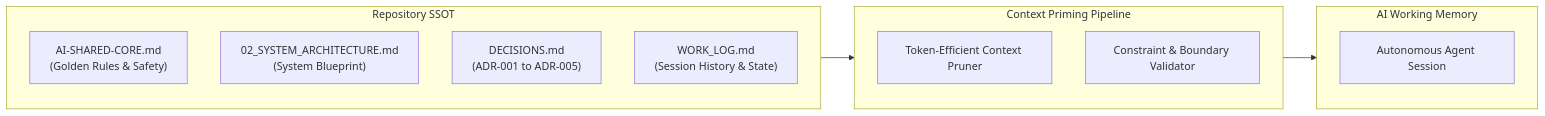
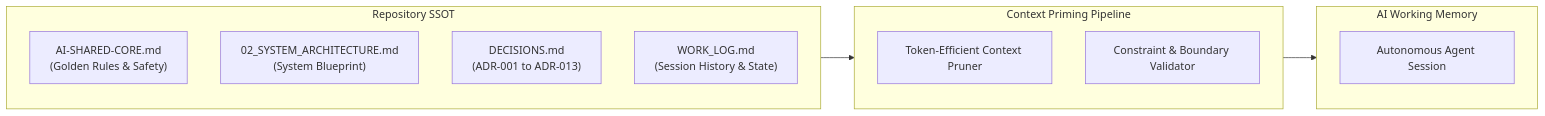
One commit to napaporn-s/lockgo-platform changed the second of 4 diagrams in docs/06_AI_AGENT_MCP_AND_GOVERNANCE.md. Above: the diagram before and after it, drawn with Mermaid. The commit also changed other lines of this file and 12 other files, not shown here.

Commit message:
fix(compliance/architecture): สร้าง Real PII Masking Engine, เพิ่ม Topic 19 Tools Matrix, Playbook 7 Silent Drop และ AI Code Review Artifact (Topic 21)

````diff
--- a/docs/06_AI_AGENT_MCP_AND_GOVERNANCE.md
+++ b/docs/06_AI_AGENT_MCP_AND_GOVERNANCE.md
@@ -66,20 +107,20 @@
 ```mermaid
 flowchart LR
     subgraph SSOT_Repo ["Repository SSOT"]
         SharedCore["AI-SHARED-CORE.md\n(Golden Rules & Safety)"]
         Architecture["02_SYSTEM_ARCHITECTURE.md\n(System Blueprint)"]
-        Decisions["DECISIONS.md\n(ADR-001 to ADR-005)"]
+        Decisions["DECISIONS.md\n(ADR-001 to ADR-013)"]
         WorkLog["WORK_LOG.md\n(Session History & State)"]
     end
 
     subgraph ContextEngine ["Context Priming Pipeline"]
         Pruner["Token-Efficient Context Pruner"]
         Validator["Constraint & Boundary Validator"]
     end
 
     subgraph AgentContext ["AI Working Memory"]
         ActiveAgent["Autonomous Agent Session"]
     end
 
     SSOT_Repo --> ContextEngine --> AgentContext
 ```
````
